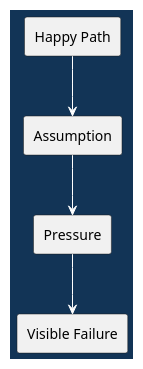
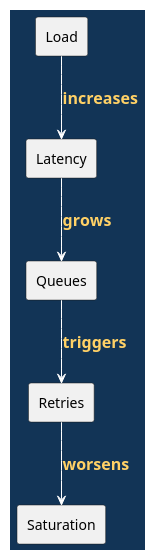
One commit to madajaju/CS5254 changed the second of 7 diagrams in doc/lectures/week12/observability_stress/README.slides.adoc. Above: the diagram before and after it, drawn with PlantUML. The commit also changed other lines of this file and 47 other files, not shown here.

```diff
--- a/doc/lectures/week12/observability_stress/README.slides.adoc
+++ b/doc/lectures/week12/observability_stress/README.slides.adoc
@@ -37,24 +35,29 @@
 [plantuml,width=100%]
 ----
 @startuml
 skinparam shadowing false
 skinparam backgroundColor #123456
 skinparam defaultFontColor black
 skinparam ArrowColor white
 skinparam ArrowFontColor #ffd166
 skinparam ArrowFontStyle bold
 skinparam ArrowFontSize 16
-skinparam object {
-  BackgroundColor white
-  BorderColor #123456
-  FontColor black
-}
-rectangle "Happy Path" as H
-rectangle "Assumption" as S
-rectangle "Pressure" as P
-rectangle "Visible Failure" as F
-H --> S
-S --> P
-P --> F
+skinparam BoxBackgroundColor white
+skinparam BoxFontColor black
+skinparam BoxBorderColor #123456
+skinparam ParticipantBorderColor #123456
+skinparam ParticipantBackgroundColor white
+skinparam ParticipantFontColor black
+skinparam LifeLineBorderColor white
+skinparam LifeLineBackgroundColor white
+rectangle "Load" as L
+rectangle "Latency" as T
+rectangle "Queues" as Q
+rectangle "Retries" as R
+rectangle "Saturation" as S
+L --> T : increases
+T --> Q : grows
+Q --> R : triggers
+R --> S : worsens
 @enduml
 ----
```
